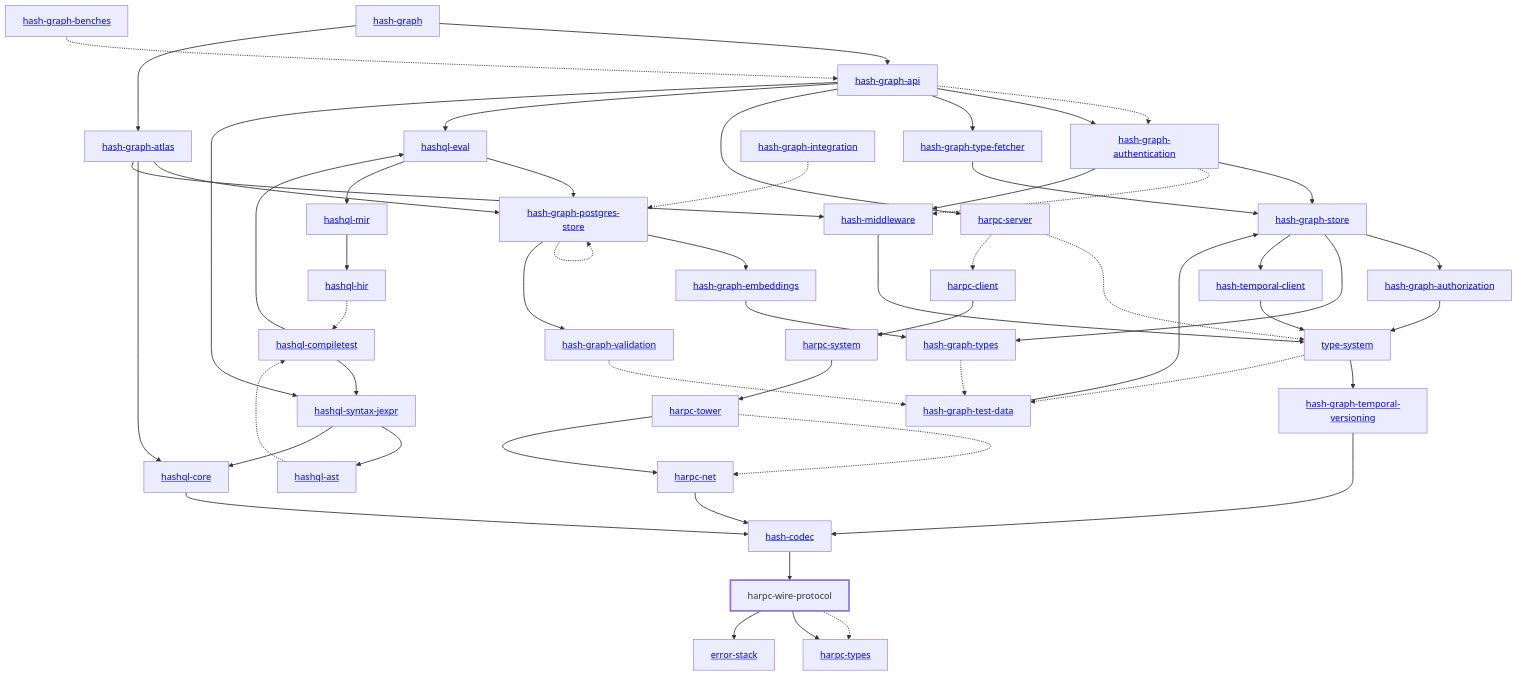
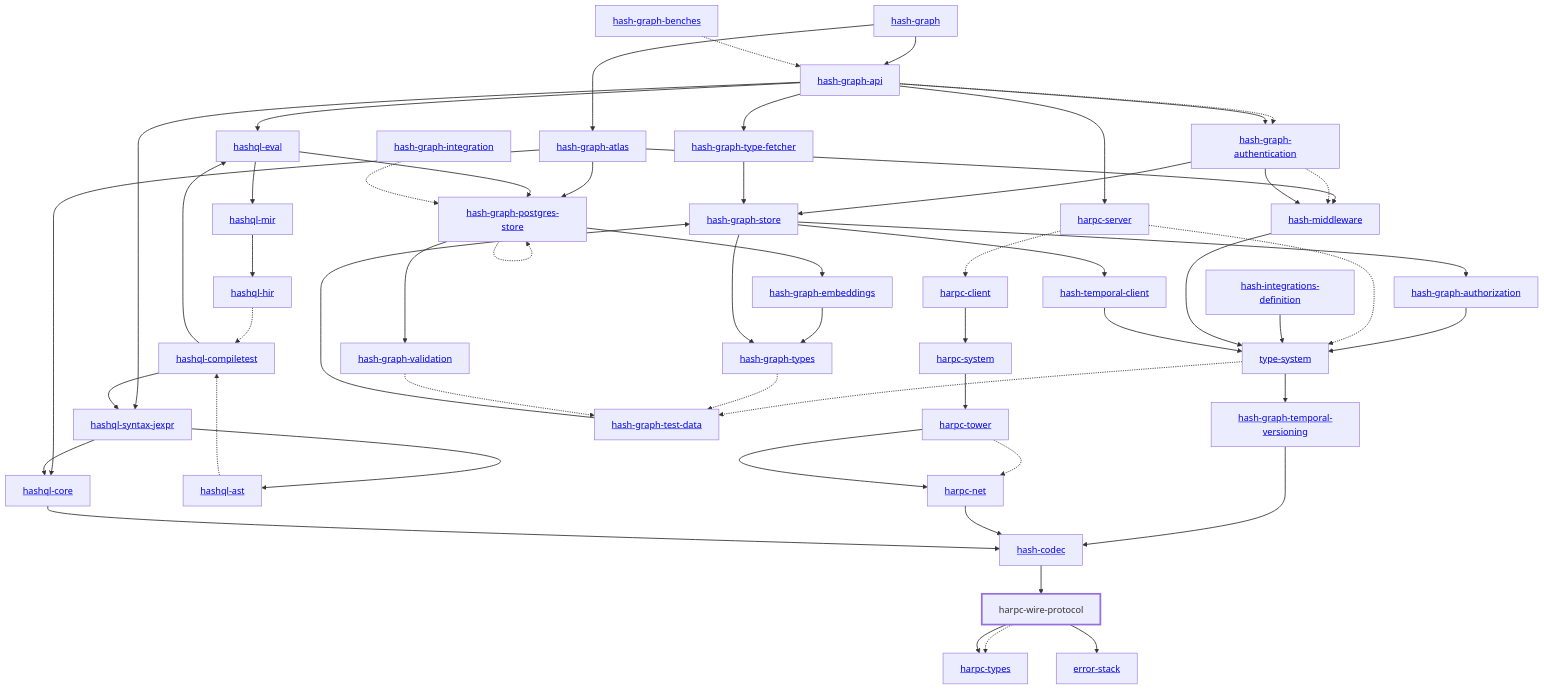
Before and after one commit to hashintel/hash: the diagram in libs/@local/harpc/wire-protocol/docs/dependency-diagram.mmd, drawn with Mermaid. The commit also changed 21 other files, not shown here.

```diff
--- a/libs/@local/harpc/wire-protocol/docs/dependency-diagram.mmd
+++ b/libs/@local/harpc/wire-protocol/docs/dependency-diagram.mmd
@@ -1,99 +1,101 @@
 graph TD
     linkStyle default stroke-width:1.5px
     classDef default stroke-width:1px
     classDef root stroke-width:3px
     classDef dev stroke-width:1px
     classDef build stroke-width:1px
     %% Legend
     %% --> : Normal dependency
     %% -.-> : Dev dependency
     %% ---> : Build dependency
     0[<a href="../hash_graph/index.html">hash-graph</a>]
     1[<a href="../type_system/index.html">type-system</a>]
     2[<a href="../hash_codec/index.html">hash-codec</a>]
     3[<a href="../hash_graph_api/index.html">hash-graph-api</a>]
     4[<a href="../hash_graph_atlas/index.html">hash-graph-atlas</a>]
     5[<a href="../hash_graph_authentication/index.html">hash-graph-authentication</a>]
     6[<a href="../hash_graph_authorization/index.html">hash-graph-authorization</a>]
     7[<a href="../hash_graph_embeddings/index.html">hash-graph-embeddings</a>]
     8[<a href="../hash_graph_postgres_store/index.html">hash-graph-postgres-store</a>]
     9[<a href="../hash_graph_store/index.html">hash-graph-store</a>]
     10[<a href="../hash_graph_temporal_versioning/index.html">hash-graph-temporal-versioning</a>]
     11[<a href="../hash_graph_type_fetcher/index.html">hash-graph-type-fetcher</a>]
     12[<a href="../hash_graph_types/index.html">hash-graph-types</a>]
     13[<a href="../hash_graph_validation/index.html">hash-graph-validation</a>]
     14[<a href="../harpc_client/index.html">harpc-client</a>]
     15[<a href="../harpc_net/index.html">harpc-net</a>]
     16[<a href="../harpc_server/index.html">harpc-server</a>]
     17[<a href="../harpc_system/index.html">harpc-system</a>]
     18[<a href="../harpc_tower/index.html">harpc-tower</a>]
     19[<a href="../harpc_types/index.html">harpc-types</a>]
     20[harpc-wire-protocol]
     class 20 root
     21[<a href="../hashql_ast/index.html">hashql-ast</a>]
     22[<a href="../hashql_compiletest/index.html">hashql-compiletest</a>]
     23[<a href="../hashql_core/index.html">hashql-core</a>]
     24[<a href="../hashql_eval/index.html">hashql-eval</a>]
     25[<a href="../hashql_hir/index.html">hashql-hir</a>]
     26[<a href="../hashql_mir/index.html">hashql-mir</a>]
     27[<a href="../hashql_syntax_jexpr/index.html">hashql-syntax-jexpr</a>]
-    28[<a href="../hash_middleware/index.html">hash-middleware</a>]
-    29[<a href="../hash_temporal_client/index.html">hash-temporal-client</a>]
-    30[<a href="../error_stack/index.html">error-stack</a>]
-    31[<a href="../hash_graph_benches/index.html">hash-graph-benches</a>]
-    32[<a href="../hash_graph_integration/index.html">hash-graph-integration</a>]
-    33[<a href="../hash_graph_test_data/index.html">hash-graph-test-data</a>]
+    28[<a href="../hash_integrations_definition/index.html">hash-integrations-definition</a>]
+    29[<a href="../hash_middleware/index.html">hash-middleware</a>]
+    30[<a href="../hash_temporal_client/index.html">hash-temporal-client</a>]
+    31[<a href="../error_stack/index.html">error-stack</a>]
+    32[<a href="../hash_graph_benches/index.html">hash-graph-benches</a>]
+    33[<a href="../hash_graph_integration/index.html">hash-graph-integration</a>]
+    34[<a href="../hash_graph_test_data/index.html">hash-graph-test-data</a>]
     0 --> 3
     0 --> 4
     1 --> 10
-    1 -.-> 33
+    1 -.-> 34
     2 --> 20
     3 -.-> 5
     3 --> 5
     3 --> 11
     3 --> 16
     3 --> 24
     3 --> 27
     4 --> 8
     4 --> 23
-    4 --> 28
+    4 --> 29
     5 --> 9
-    5 -.-> 28
-    5 --> 28
+    5 -.-> 29
+    5 --> 29
     6 --> 1
     7 --> 12
     8 --> 7
     8 -.-> 8
     8 --> 13
     9 --> 6
     9 --> 12
-    9 --> 29
+    9 --> 30
     10 --> 2
     11 --> 9
-    12 -.-> 33
-    13 -.-> 33
+    12 -.-> 34
+    13 -.-> 34
     14 --> 17
     15 --> 2
     16 -.-> 1
     16 -.-> 14
     17 --> 18
     18 -.-> 15
     18 --> 15
     20 -.-> 19
     20 --> 19
-    20 --> 30
+    20 --> 31
     21 -.-> 22
     22 --> 24
     22 --> 27
     23 --> 2
     24 --> 8
     24 --> 26
     25 -.-> 22
     26 --> 25
     27 --> 21
     27 --> 23
     28 --> 1
     29 --> 1
-    31 -.-> 3
-    32 -.-> 8
-    33 --> 9
+    30 --> 1
+    32 -.-> 3
+    33 -.-> 8
+    34 --> 9
```
